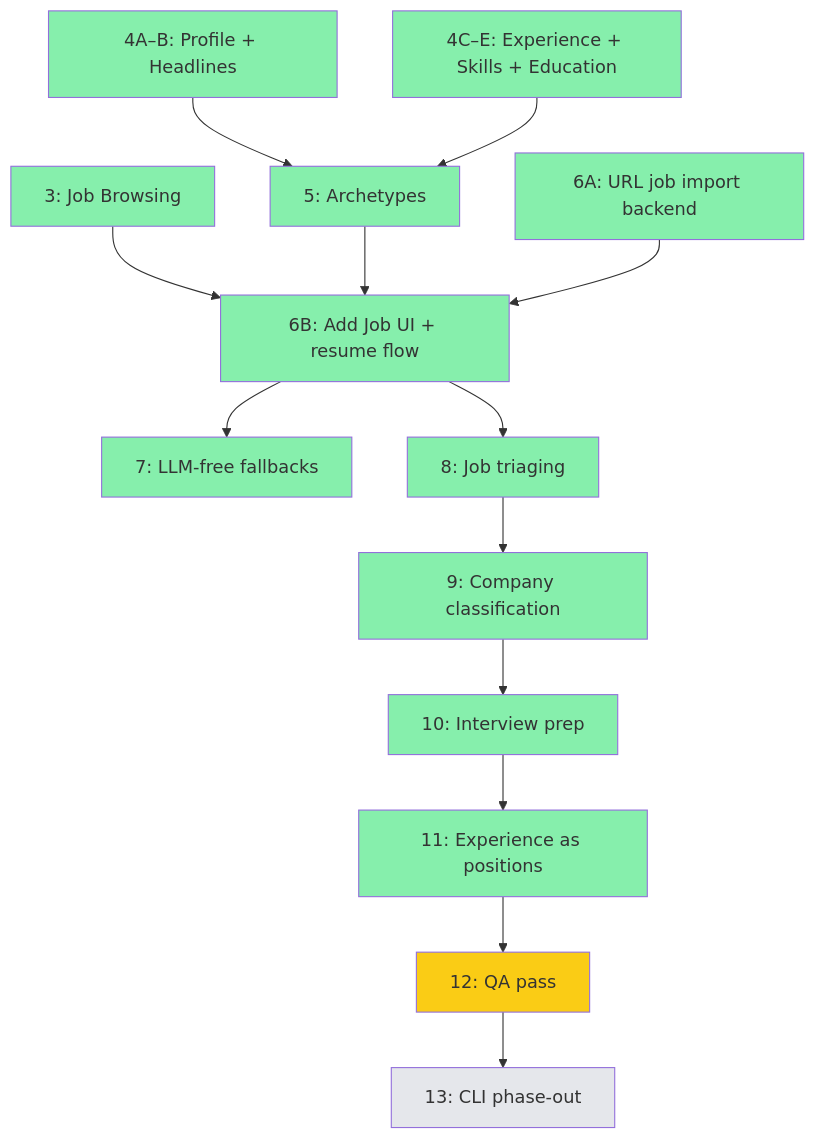
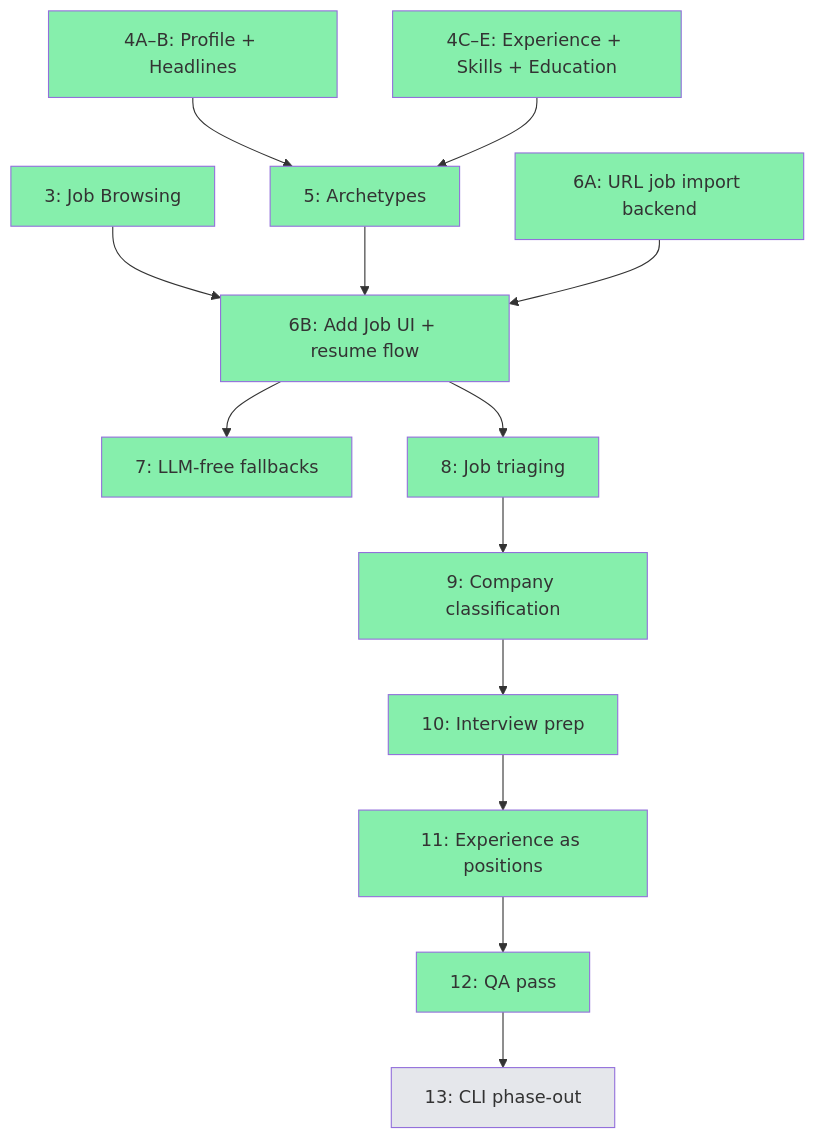
Before and after one commit to bluebird-labs/TailoredIn: the diagram in GOALS.md, drawn with Mermaid.

Commit message:
docs: mark M12 QA pass complete

````diff
--- a/GOALS.md
+++ b/GOALS.md
@@ -80,29 +80,29 @@
 ```mermaid
 graph TD
     M3["3: Job Browsing"] --> M6B["6B: Add Job UI + resume flow"]
     M4AB["4A–B: Profile + Headlines"] --> M5["5: Archetypes"]
     M4CDE["4C–E: Experience + Skills + Education"] --> M5
     M5 --> M6B
     M6A["6A: URL job import backend"] --> M6B
     M6B --> M7["7: LLM-free fallbacks"]
     M6B --> M8["8: Job triaging"]
     M8 --> M9["9: Company classification"]
     M9 --> M10["10: Interview prep"]
     M10 --> M11["11: Experience as positions"]
     M11 --> M12["12: QA pass"]
     M12 --> M13["13: CLI phase-out"]
 
     style M3 fill:#86efac
     style M4AB fill:#86efac
     style M4CDE fill:#86efac
     style M5 fill:#86efac
     style M6A fill:#86efac
     style M6B fill:#86efac
     style M7 fill:#86efac
     style M8 fill:#86efac
     style M9 fill:#86efac
     style M10 fill:#86efac
     style M11 fill:#86efac
-    style M12 fill:#facc15
+    style M12 fill:#86efac
     style M13 fill:#e5e7eb
 ```
````
